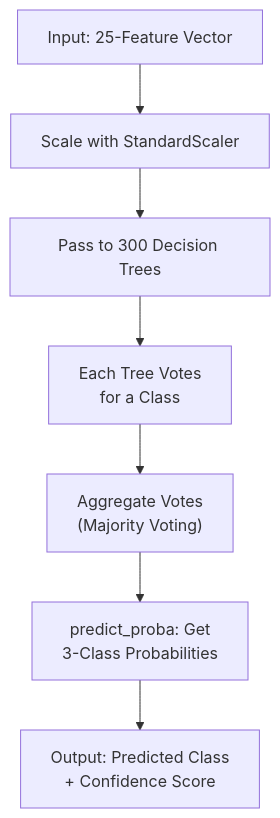
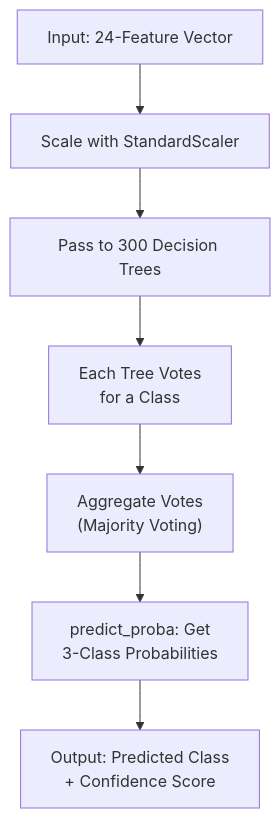
One commit to vrroshni/student-analyser changed the second of 7 diagrams in diagram/05_algorithms_used.md. Above: the diagram before and after it, drawn with Mermaid. The commit also changed other lines of this file and 53 other files, not shown here.

````diff
--- a/diagram/05_algorithms_used.md
+++ b/diagram/05_algorithms_used.md
@@ -39,9 +39,9 @@
 ```mermaid
 flowchart TD
-    A["Input: 25-Feature Vector"] --> B["Scale with StandardScaler"]
+    A["Input: 24-Feature Vector"] --> B["Scale with StandardScaler"]
     B --> C["Pass to 300 Decision Trees"]
     C --> D["Each Tree Votes\nfor a Class"]
     D --> E["Aggregate Votes\n(Majority Voting)"]
     E --> F["predict_proba: Get\n3-Class Probabilities"]
     F --> G["Output: Predicted Class\n+ Confidence Score"]
 ```
````
